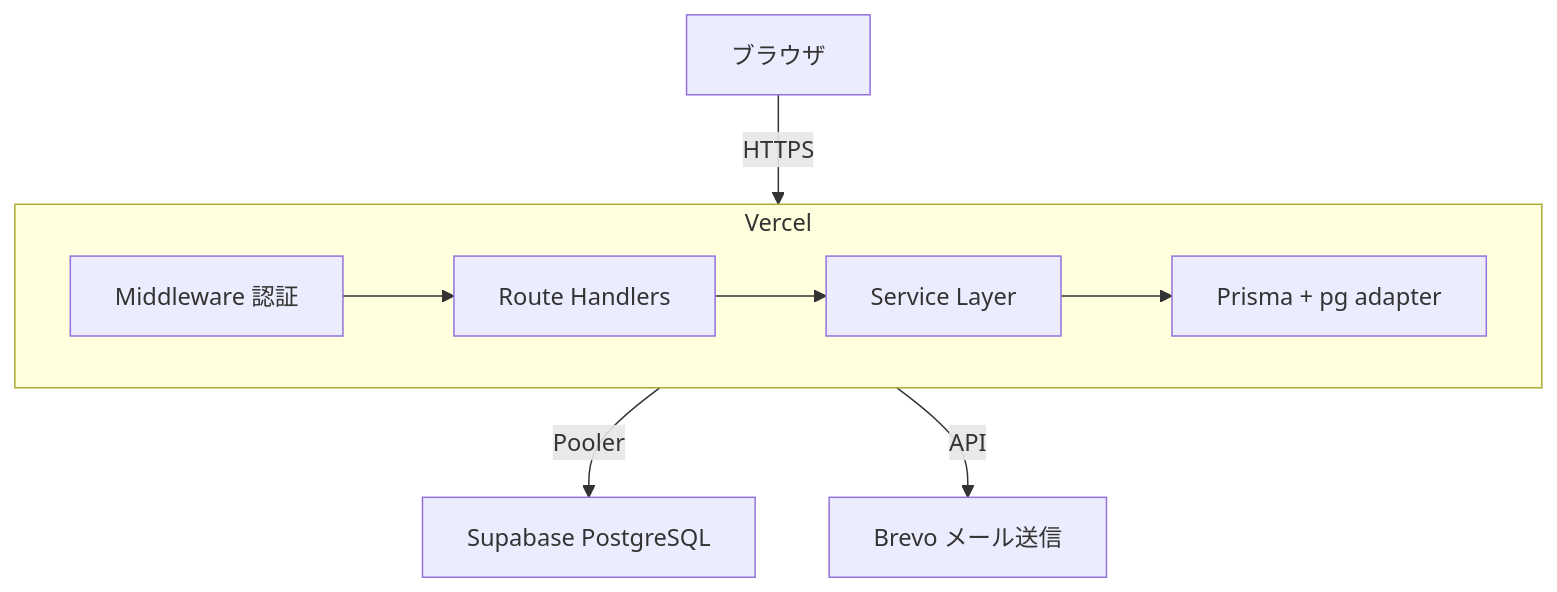
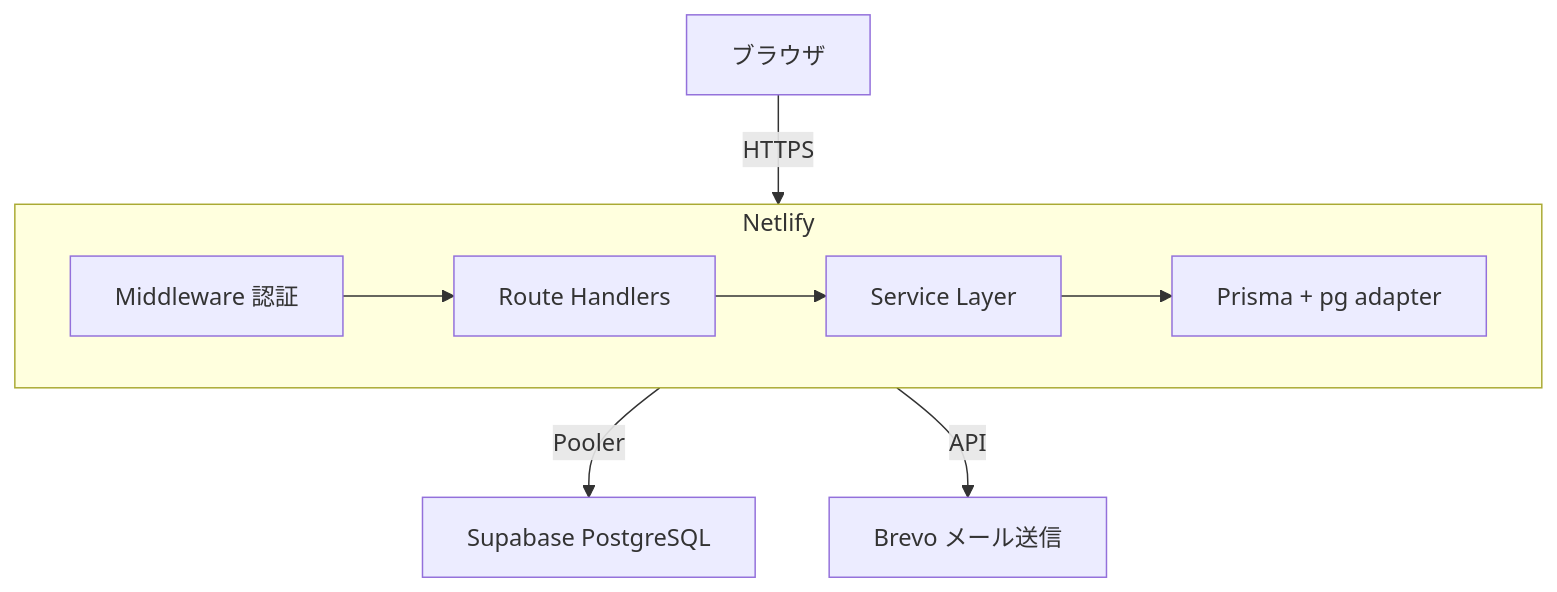
The diagram in README.md (teppei19980914/BusinessManagementPlatform), drawn with Mermaid before and after one commit. The commit also changed other lines of this file and 7 other files, not shown here.

First line of the commit message:
feat(infra): Vercel → Netlify Starter 移行 (6/1 商用リリース向け)

````diff
--- a/README.md
+++ b/README.md
@@ -90,12 +90,12 @@
 ```mermaid
 graph TD
-    Browser[ブラウザ] -->|HTTPS| Vercel[Vercel / Next.js]
-    Vercel -->|Pooler| Supabase[Supabase PostgreSQL]
-    Vercel -->|API| Brevo[Brevo メール送信]
+    Browser[ブラウザ] -->|HTTPS| Netlify[Netlify / Next.js]
+    Netlify -->|Pooler| Supabase[Supabase PostgreSQL]
+    Netlify -->|API| Brevo[Brevo メール送信]
 
-    subgraph Vercel
+    subgraph Netlify
         MW[Middleware 認証] --> RH[Route Handlers]
         RH --> SL[Service Layer]
         SL --> PA[Prisma + pg adapter]
     end
 ```
````
